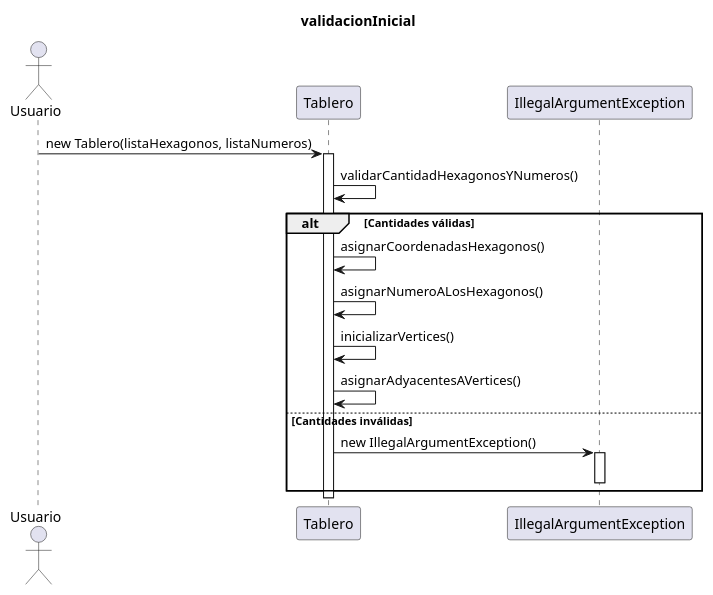
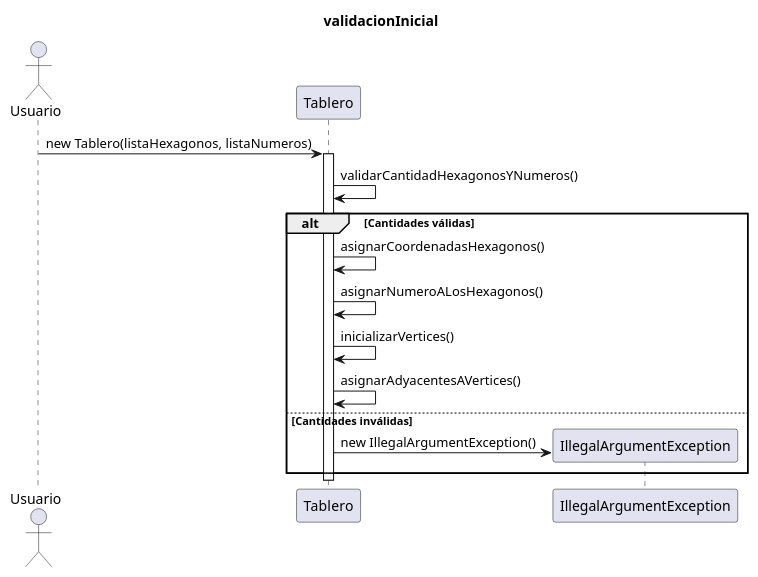
The diagram in diagrams/sequences/creacionDelTablero/01validacionInicial.puml (gonzamoran/TP_Paradigmas), drawn with PlantUML before and after one commit. The commit also changed 32 other files, not shown here.

Commit message:
implementacion final gestor de turnos. Avance en diagramas e interfaz.

```diff
--- a/diagrams/sequences/creacionDelTablero/01validacionInicial.puml
+++ b/diagrams/sequences/creacionDelTablero/01validacionInicial.puml
@@ -1,25 +1,24 @@
 @startuml validacionInicial
 
 title validacionInicial
 
 actor Usuario
 participant Tablero
 participant IllegalArgumentException
 
 Usuario -> Tablero: new Tablero(listaHexagonos, listaNumeros)
 activate Tablero
 
 Tablero -> Tablero: validarCantidadHexagonosYNumeros()
 alt Cantidades válidas
     Tablero -> Tablero: asignarCoordenadasHexagonos()
     Tablero -> Tablero: asignarNumeroALosHexagonos()
     Tablero -> Tablero: inicializarVertices()
     Tablero -> Tablero: asignarAdyacentesAVertices()
 else Cantidades inválidas
+    create IllegalArgumentException
     Tablero -> IllegalArgumentException: new IllegalArgumentException()
-    activate IllegalArgumentException
-    deactivate IllegalArgumentException 
 end
 
 deactivate Tablero
 @enduml
```
